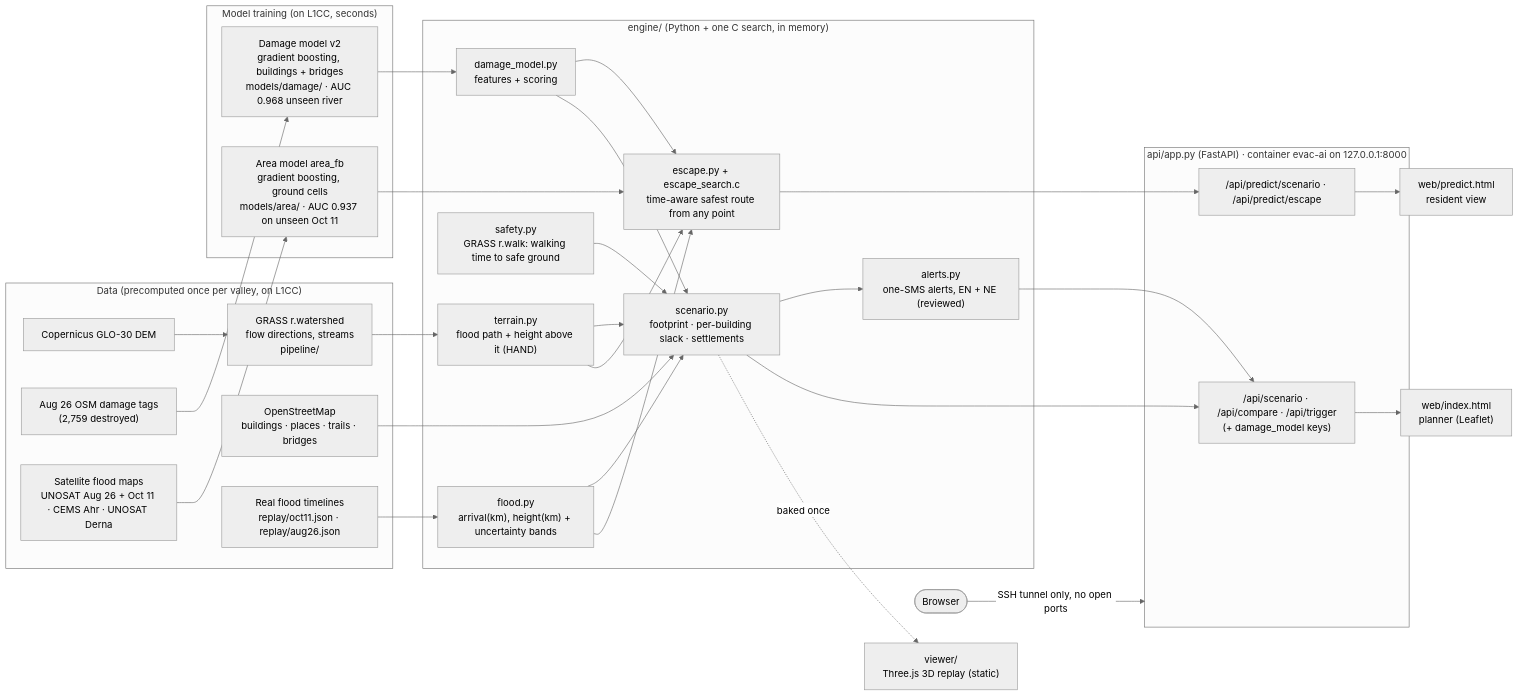
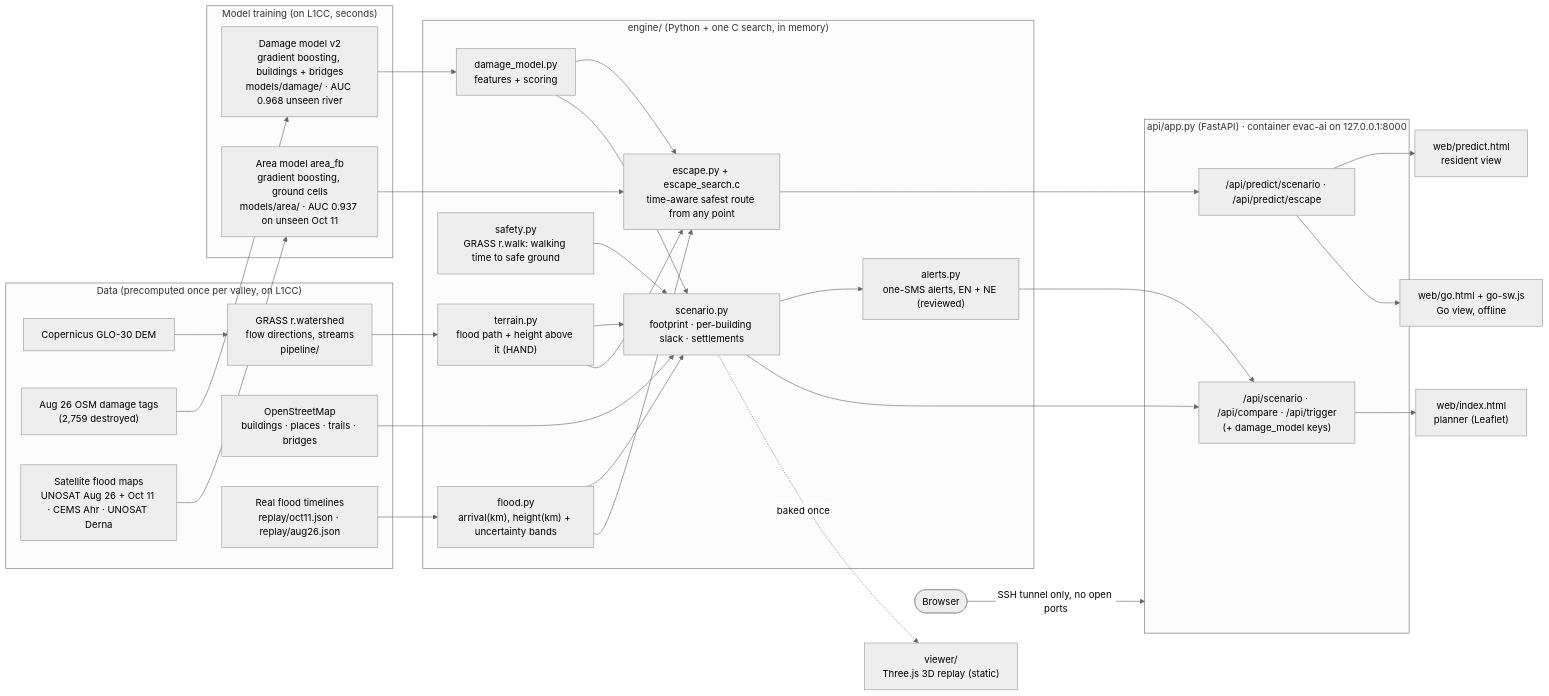
Before and after one commit to larubiano0/evac-ai: the second of 2 diagrams in docs/architecture.md, drawn with Mermaid (neutral theme). The commit also changed other lines of this file and 7 other files, not shown here.

Commit message:
[agent-aayush-go] architecture page + 6 PNG figures (docs/architecture.html, docs/figures/), /go in the mermaid diagrams

````diff
--- a/docs/architecture.md
+++ b/docs/architecture.md
@@ -30,54 +40,55 @@
 ```mermaid
 flowchart LR
   subgraph DATA["Data (precomputed once per valley, on L1CC)"]
     DEM["Copernicus GLO-30 DEM"] --> GR["GRASS r.watershed<br/>flow directions, streams<br/>pipeline/"]
     OSM["OpenStreetMap<br/>buildings · places · trails · bridges"]
     DMG["Aug 26 OSM damage tags<br/>(2,759 destroyed)"]
     SAT["Satellite flood maps<br/>UNOSAT Aug 26 + Oct 11 · CEMS Ahr · UNOSAT Derna"]
     REPL["Real flood timelines<br/>replay/oct11.json · replay/aug26.json"]
   end
 
   subgraph TRAIN["Model training (on L1CC, seconds)"]
     DMOD["Damage model v2<br/>gradient boosting, buildings + bridges<br/>models/damage/ · AUC 0.968 unseen river"]
     AMOD["Area model area_fb<br/>gradient boosting, ground cells<br/>models/area/ · AUC 0.937 on unseen Oct 11"]
   end
   DMG --> DMOD
   SAT --> AMOD
 
   subgraph ENGINE["engine/ (Python + one C search, in memory)"]
     TER["terrain.py<br/>flood path + height above it (HAND)"]
     FLD["flood.py<br/>arrival(km), height(km) + uncertainty bands"]
     SCN["scenario.py<br/>footprint · per-building slack · settlements"]
     SAF["safety.py<br/>GRASS r.walk: walking time to safe ground"]
     ALR["alerts.py<br/>one-SMS alerts, EN + NE (reviewed)"]
     DM["damage_model.py<br/>features + scoring"]
     ESC["escape.py + escape_search.c<br/>time-aware safest route from any point"]
   end
   GR --> TER
   REPL --> FLD
   OSM --> SCN
   TER --> SCN
   FLD --> SCN
   SAF --> SCN
   SCN --> ALR
   DMOD --> DM
   AMOD --> ESC
   DM --> ESC
   TER --> ESC
   FLD --> ESC
   DM --> SCN
 
   subgraph API["api/app.py (FastAPI) · container evac-ai on 127.0.0.1:8000"]
     A1["/api/scenario · /api/compare · /api/trigger<br/>(+ damage_model keys)"]
     A2["/api/predict/scenario · /api/predict/escape"]
   end
   SCN --> A1
   ALR --> A1
   ESC --> A2
 
   A1 --> UI1["web/index.html<br/>planner (Leaflet)"]
   A2 --> UI2["web/predict.html<br/>resident view"]
+  A2 --> UI4["web/go.html + go-sw.js<br/>Go view, offline"]
   SCN -. baked once .-> UI3["viewer/<br/>Three.js 3D replay (static)"]
 
   USER(["Browser"]) -->|SSH tunnel only, no open ports| API
 ```
````
